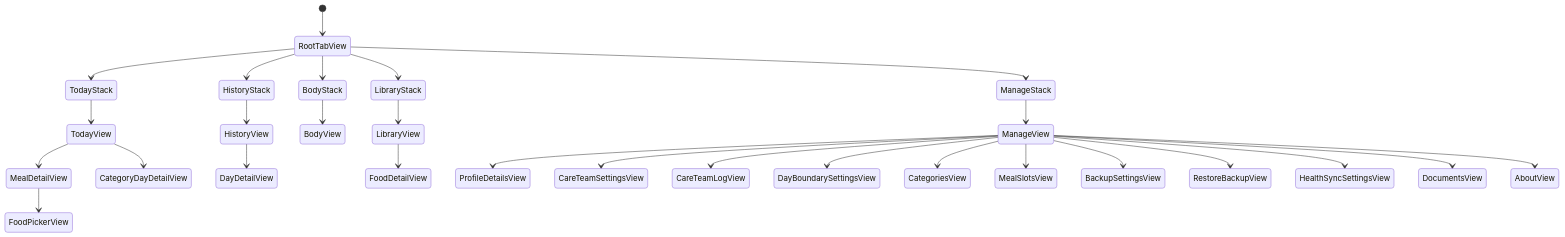
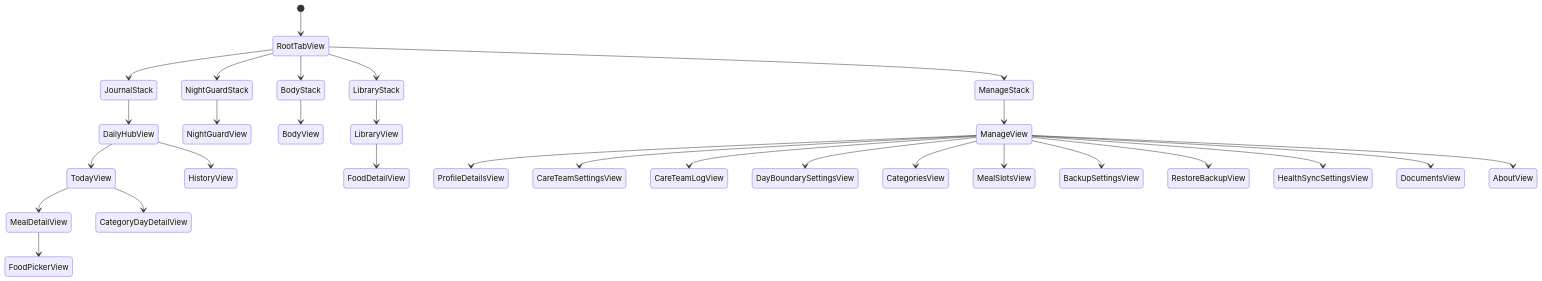
Before and after one commit to black77dragon/DragonHealth: the diagram in docs/architecture/navigation.md, drawn with Mermaid. The commit also changed other lines of this file and 32 other files, not shown here.

Commit message:
Add food management flow and bump app version to 1.8.0

````diff
--- a/docs/architecture/navigation.md
+++ b/docs/architecture/navigation.md
@@ -422,36 +433,37 @@
 ```mermaid
 stateDiagram-v2
     [*] --> RootTabView
 
-    RootTabView --> TodayStack
-    RootTabView --> HistoryStack
+    RootTabView --> JournalStack
+    RootTabView --> NightGuardStack
     RootTabView --> BodyStack
     RootTabView --> LibraryStack
     RootTabView --> ManageStack
 
-    TodayStack --> TodayView
+    JournalStack --> DailyHubView
+    DailyHubView --> TodayView
+    DailyHubView --> HistoryView
     TodayView --> MealDetailView
     TodayView --> CategoryDayDetailView
     MealDetailView --> FoodPickerView
 
-    HistoryStack --> HistoryView
-    HistoryView --> DayDetailView
+    NightGuardStack --> NightGuardView
 
     BodyStack --> BodyView
 
     LibraryStack --> LibraryView
     LibraryView --> FoodDetailView
 
     ManageStack --> ManageView
     ManageView --> ProfileDetailsView
     ManageView --> CareTeamSettingsView
     ManageView --> CareTeamLogView
     ManageView --> DayBoundarySettingsView
     ManageView --> CategoriesView
     ManageView --> MealSlotsView
     ManageView --> BackupSettingsView
     ManageView --> RestoreBackupView
     ManageView --> HealthSyncSettingsView
     ManageView --> DocumentsView
     ManageView --> AboutView
 ```
````
